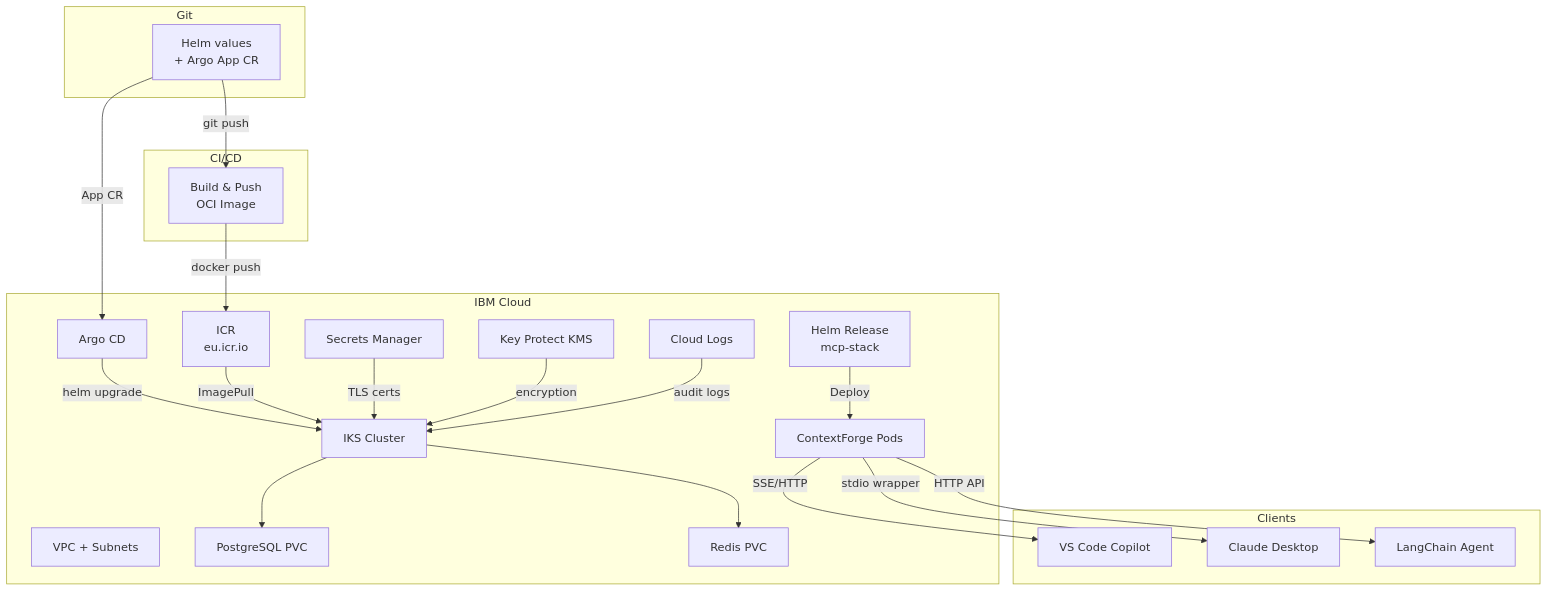
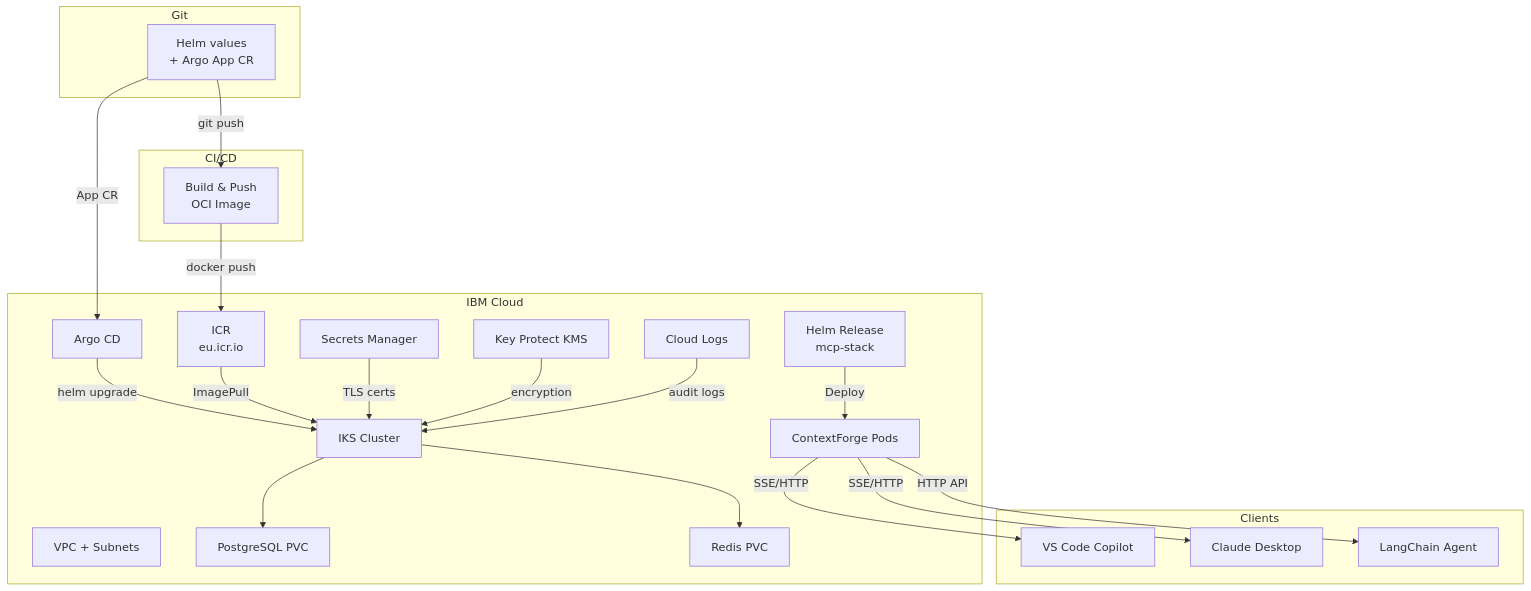
The diagram in docs/docs/tutorials/argocd-helm-deployment-ibm-cloud-iks.md (brian-hussey/mcp-context-forge), drawn with Mermaid before and after one commit. The commit also changed other lines of this file and 114 other files, not shown here.

First line of the commit message:
refactor: remove Rust build infrastructure and stdio wrapper capability

````diff
--- a/docs/docs/tutorials/argocd-helm-deployment-ibm-cloud-iks.md
+++ b/docs/docs/tutorials/argocd-helm-deployment-ibm-cloud-iks.md
@@ -19,50 +19,50 @@
 ```mermaid
 flowchart TD
     %% ---------------- Git ----------------
     subgraph Git
         repo["Helm values<br/>+ Argo App CR"]
     end
 
     %% ---------------- CI/CD --------------
     subgraph "CI/CD"
         build["Build &amp; Push<br/>OCI Image"]
     end
 
     %% ---------------- IBM Cloud ----------
     subgraph "IBM Cloud"
         vpc["VPC + Subnets"]
         iks["IKS Cluster"]
         icr["ICR<br/>eu.icr.io"]
         argocd["Argo CD"]
         helm["Helm Release<br/>mcp-stack"]
         gateway["ContextForge Pods"]
         db["PostgreSQL PVC"]
         redis["Redis PVC"]
         kms["Key Protect KMS"]
         secrets["Secrets Manager"]
         logs["Cloud Logs"]
     end
 
     %% ---------------- Clients ------------
     subgraph Clients
         vscode["VS Code Copilot"]
         claude["Claude Desktop"]
         langchain["LangChain Agent"]
     end
 
     %% ------------ Edges ------------------
     repo   -- "git push"      --> build
     build  -- "docker push"   --> icr
     repo   -- "App CR"        --> argocd
     argocd -- "helm upgrade"  --> iks
     icr    -- "ImagePull"     --> iks
     iks    --> db
     iks    --> redis
     helm   -- "Deploy"        --> gateway
     secrets-- "TLS certs"     --> iks
     kms    -- "encryption"    --> iks
     logs   -- "audit logs"    --> iks
     gateway-- "SSE/HTTP"      --> vscode
-    gateway-- "stdio wrapper" --> claude
+    gateway-- "SSE/HTTP" --> claude
     gateway-- "HTTP API"      --> langchain
 ```
````
